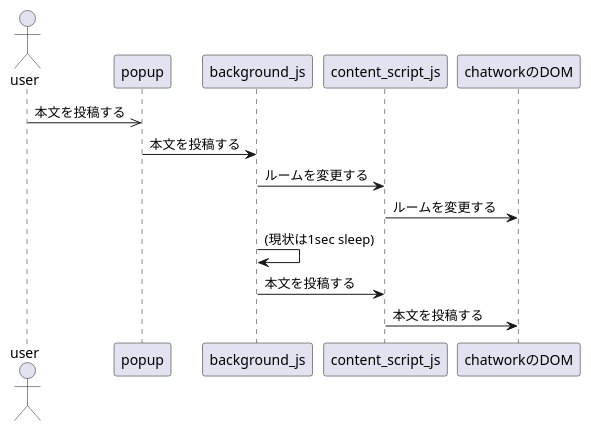
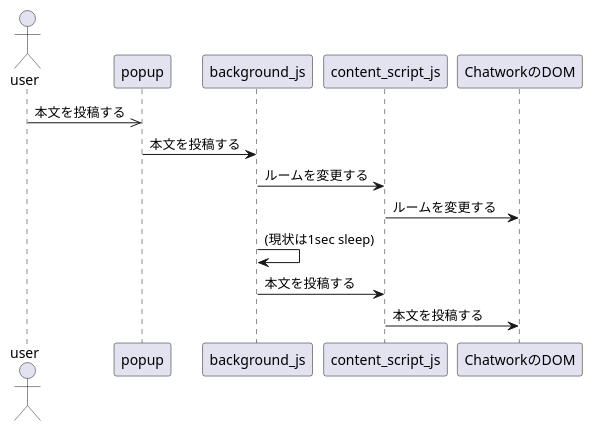
One commit to hmuronaka/chrome_extension_practice changed the second of 3 diagrams in share_url/README.md. Above: the diagram before and after it, drawn with PlantUML. The commit also changed other lines of this file, not shown here.

```diff
--- a/share_url/README.md
+++ b/share_url/README.md
@@ -66,17 +66,17 @@
 @startuml
 
 actor user as user
 participant popup as popup
 participant background_js as background
 participant content_script_js as content_script
-participant chatworkのDOM as chatworkDOM
+participant ChatworkのDOM as chatworkDOM
 
 user ->> popup: 本文を投稿する
 popup -> background: 本文を投稿する
 background -> content_script: ルームを変更する
 content_script -> chatworkDOM: ルームを変更する
 background -> background: (現状は1sec sleep)
 background -> content_script: 本文を投稿する
 content_script -> chatworkDOM: 本文を投稿する
 
 @enduml
```
